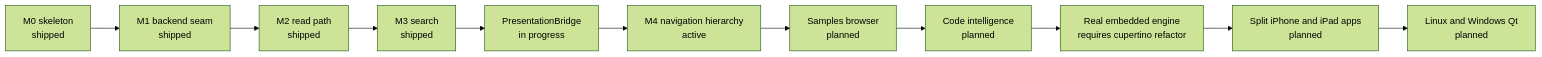
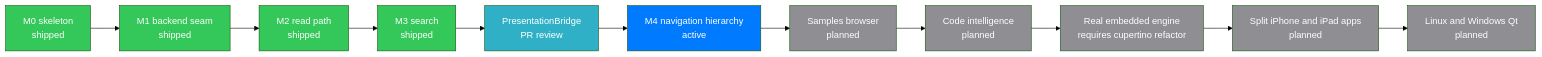
One commit to mihaelamj/cupertino-desktop changed the second of 3 diagrams in README.md. Above: the diagram before and after it, drawn with Mermaid (forest theme). The commit also changed other lines of this file and 2 other files, not shown here.

Commit message:
critic-fix(presentation): add roadmap status classes

````diff
--- a/README.md
+++ b/README.md
@@ -52,13 +71,25 @@
 ```mermaid
 flowchart LR
     m0["M0 skeleton<br/>shipped"] --> m1["M1 backend seam<br/>shipped"]
     m1 --> m2["M2 read path<br/>shipped"]
     m2 --> m3["M3 search<br/>shipped"]
-    m3 --> bridge["PresentationBridge<br/>in progress"]
+    m3 --> bridge["PresentationBridge<br/>PR review"]
     bridge --> nav["M4 navigation hierarchy<br/>active"]
     nav --> samples["Samples browser<br/>planned"]
     samples --> symbols["Code intelligence<br/>planned"]
     symbols --> embedded["Real embedded engine<br/>requires cupertino refactor"]
     embedded --> mobile["Split iPhone and iPad apps<br/>planned"]
     mobile --> qt["Linux and Windows Qt<br/>planned"]
+
+    class m0,m1,m2,m3 done
+    class bridge review
+    class nav active
+    class samples,symbols,embedded,mobile,qt todo
+
+    classDef done    fill:#34C759,color:#FFFFFF
+    classDef review  fill:#30B0C7,color:#FFFFFF
+    classDef active  fill:#007AFF,color:#FFFFFF
+    classDef next    fill:#5856D6,color:#FFFFFF
+    classDef partial fill:#FF9500,color:#FFFFFF
+    classDef todo    fill:#8E8E93,color:#FFFFFF
 ```
````
